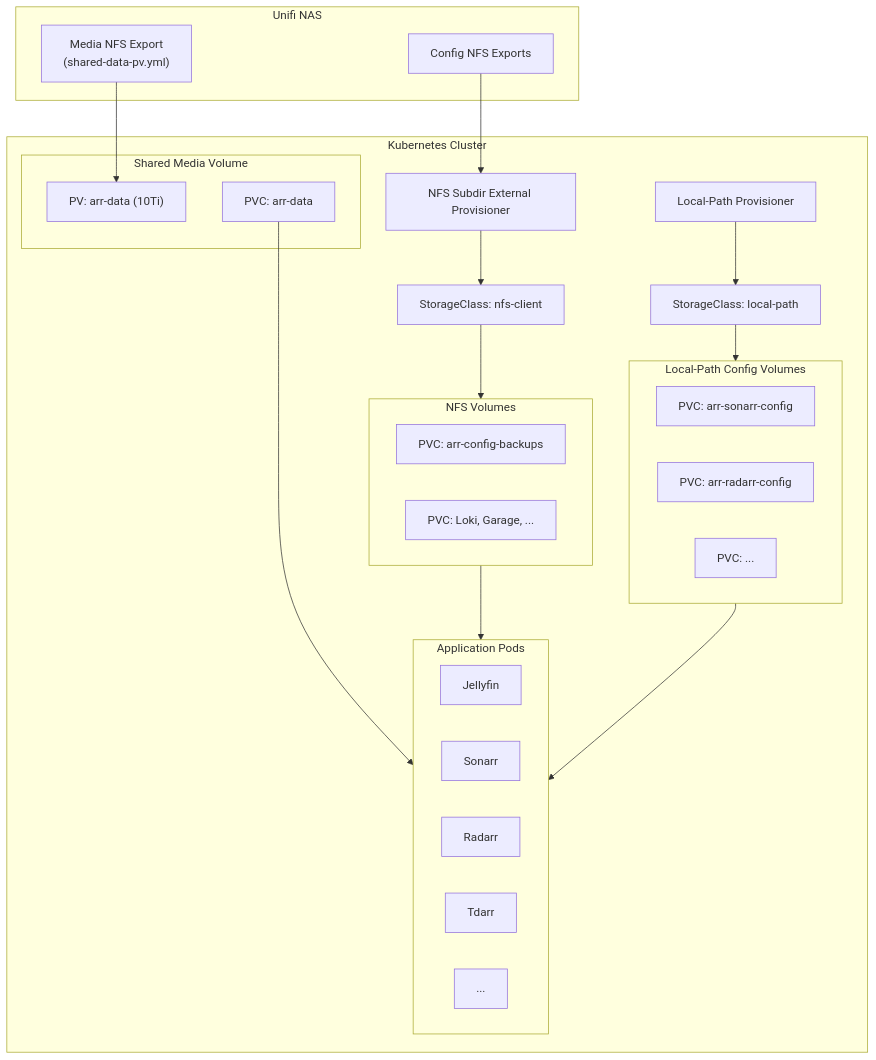
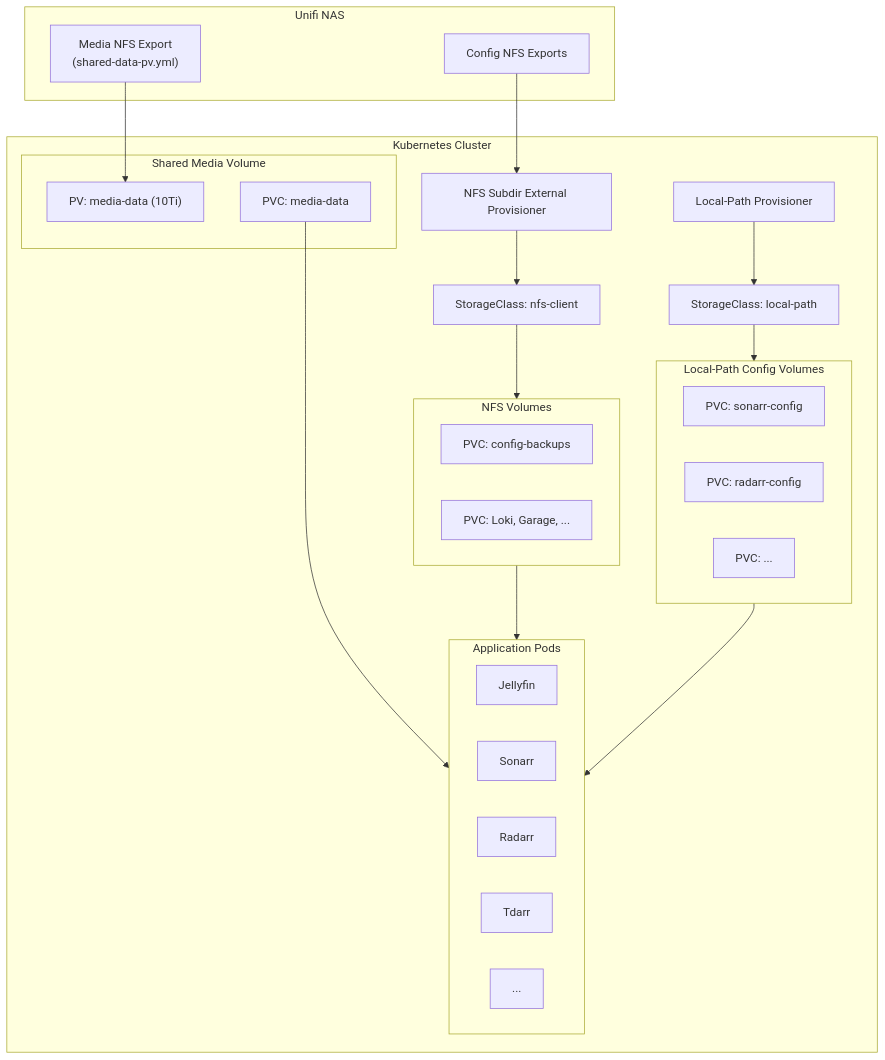
Before and after one commit to kyleseneker/homelab: the diagram in docs/architecture/storage.md, drawn with Mermaid. The commit also changed other lines of this file and 217 other files, not shown here.

Commit message:
refactor(k8s): rename the arr namespace to media and drop the arr- prefix

````diff
--- a/docs/architecture/storage.md
+++ b/docs/architecture/storage.md
@@ -7,48 +7,48 @@
 ```mermaid
 flowchart TD
     subgraph nas["Unifi NAS"]
         nfsExport["Media NFS Export\n(shared-data-pv.yml)"]
         configExport["Config NFS Exports"]
     end
 
     subgraph k8sCluster["Kubernetes Cluster"]
         nfsProv["NFS Subdir External Provisioner"]
         localProv["Local-Path Provisioner"]
         scNfsClient["StorageClass: nfs-client"]
         scLocalPath["StorageClass: local-path"]
 
         subgraph sharedVol["Shared Media Volume"]
-            arrPV["PV: arr-data (10Ti)"]
-            arrPVC["PVC: arr-data"]
+            mediaPV["PV: media-data (10Ti)"]
+            mediaPVC["PVC: media-data"]
         end
 
         subgraph nfsVols["NFS Volumes"]
-            backupPVC["PVC: arr-config-backups"]
+            backupPVC["PVC: config-backups"]
             otherPVC["PVC: Loki, Garage, ..."]
         end
 
         subgraph localVols["Local-Path Config Volumes"]
-            sonarrPVC["PVC: arr-sonarr-config"]
-            radarrPVC["PVC: arr-radarr-config"]
+            sonmediaPVC["PVC: sonarr-config"]
+            radmediaPVC["PVC: radarr-config"]
             moreLocalPVC["PVC: ..."]
         end
 
         subgraph appPods["Application Pods"]
             jellyfin["Jellyfin"]
             sonarr["Sonarr"]
             radarr["Radarr"]
             tdarr["Tdarr"]
             otherApps["..."]
         end
     end
 
-    nfsExport --> arrPV
+    nfsExport --> mediaPV
     configExport --> nfsProv
     nfsProv --> scNfsClient
     scNfsClient --> nfsVols
     localProv --> scLocalPath
     scLocalPath --> localVols
-    arrPVC --> appPods
+    mediaPVC --> appPods
     nfsVols --> appPods
     localVols --> appPods
 ```
````
